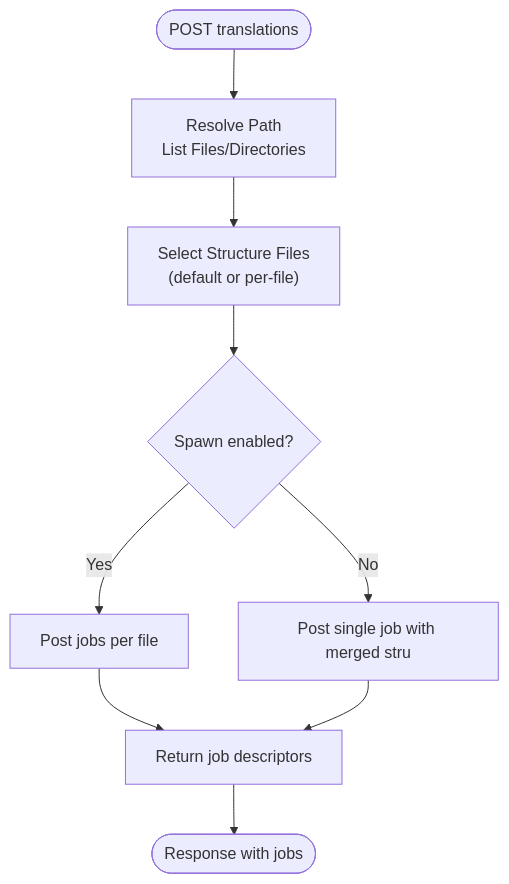
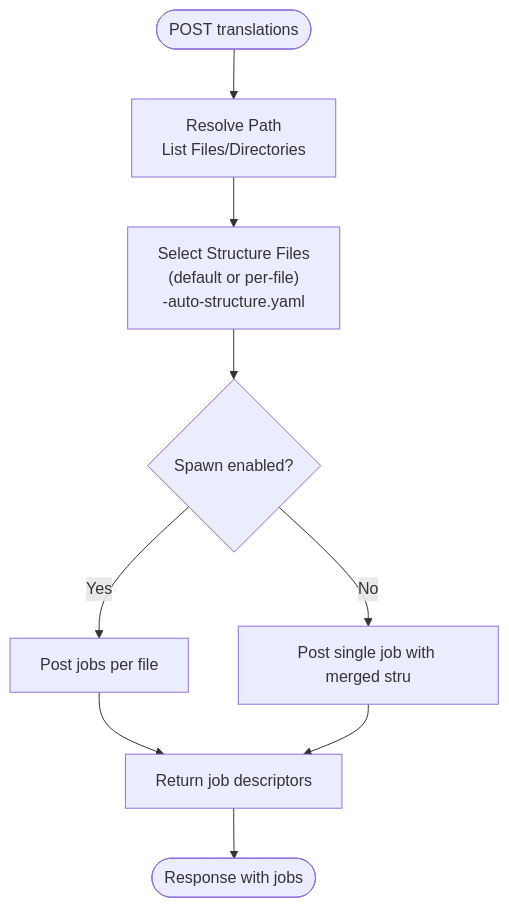
Before and after one commit to time-link/timelink-kleio: the third of 9 diagrams in .qoder/repowiki/en/content/Project Overview/Core Services/Translation Services.md, drawn with Mermaid. The commit also changed other lines of this file and 189 other files, not shown here.

````diff
--- a/.qoder/repowiki/en/content/Project Overview/Core Services/Translation Services.md
+++ b/.qoder/repowiki/en/content/Project Overview/Core Services/Translation Services.md
@@ -147,11 +166,11 @@
 ```mermaid
 flowchart TD
 Start(["POST translations"]) --> Resolve["Resolve Path<br/>List Files/Directories"]
-Resolve --> SelectStru["Select Structure Files<br/>(default or per-file)"]
+Resolve --> SelectStru["Select Structure Files<br/>(default or per-file)<br/>-auto-structure.yaml"]
 SelectStru --> Spawn{"Spawn enabled?"}
 Spawn --> |Yes| Parallel["Post jobs per file"]
 Spawn --> |No| Single["Post single job with merged stru"]
 Parallel --> Jobs["Return job descriptors"]
 Single --> Jobs
 Jobs --> End(["Response with jobs"])
 ```
````
